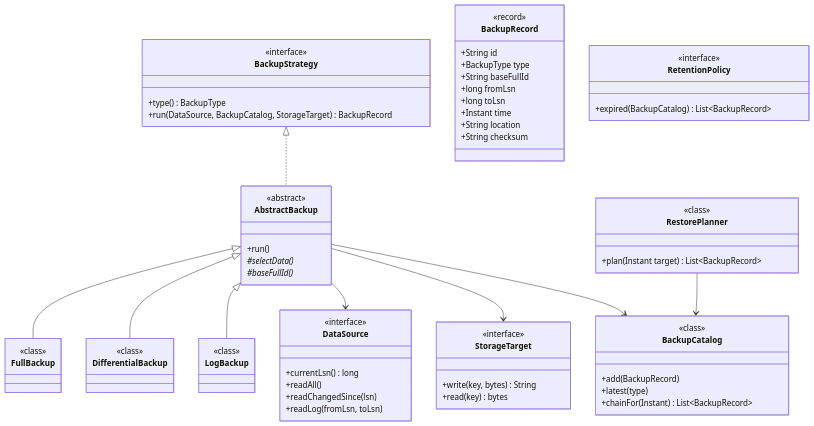
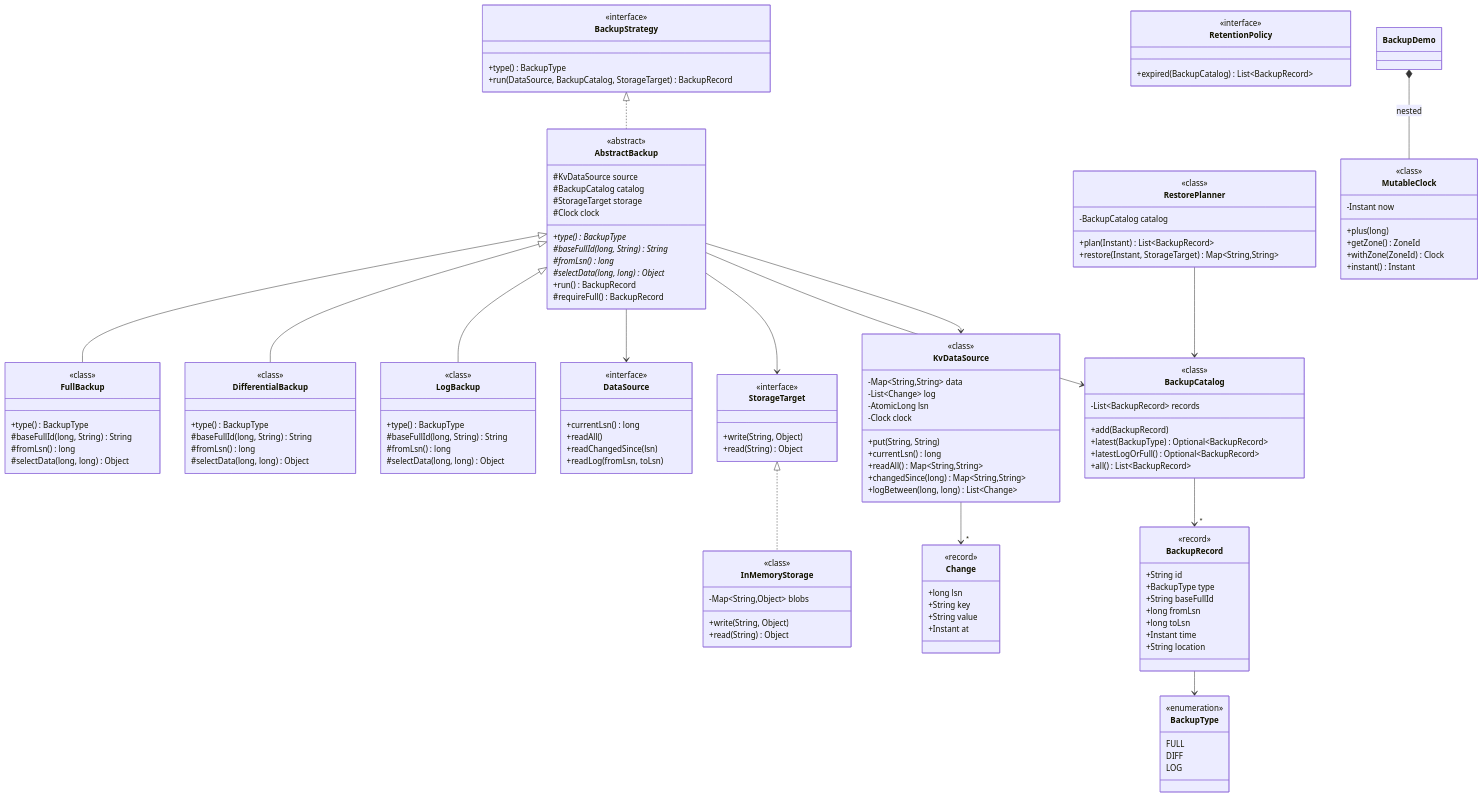
Before and after one commit to amarkum/amarkumar.guru: the first of 2 diagrams in system-design/lld/22-backup-system.md, drawn with Mermaid. The commit also changed 27 other files, not shown here.

Commit message:
Rebuild every UML class diagram from its Java code, add a notes progress tracker, and make diagrams readable with zoom and a legend.

````diff
--- a/system-design/lld/22-backup-system.md
+++ b/system-design/lld/22-backup-system.md
@@ -40,36 +40,29 @@
 ```mermaid
 classDiagram
-    class BackupStrategy {
-      <<interface>>
-      +type() BackupType
-      +run(DataSource, BackupCatalog, StorageTarget) BackupRecord
+    class BackupType {
+      <<enumeration>>
+      FULL
+      DIFF
+      LOG
     }
-    class AbstractBackup {
-      <<abstract>>
-      +run()
-      #selectData()*
-      #baseFullId()*
+    class Change {
+      <<record>>
+      +long lsn
+      +String key
+      +String value
+      +Instant at
     }
-    class FullBackup {
+    class KvDataSource {
       <<class>>
-    }
-    class DifferentialBackup {
-      <<class>>
-    }
-    class LogBackup {
-      <<class>>
-    }
-    class DataSource {
-      <<interface>>
+      -Map~String,String~ data
+      -List~Change~ log
+      -AtomicLong lsn
+      -Clock clock
+      +put(String, String)
       +currentLsn() long
-      +readAll()
-      +readChangedSince(lsn)
-      +readLog(fromLsn, toLsn)
-    }
-    class StorageTarget {
-      <<interface>>
-      +write(key, bytes) String
-      +read(key) bytes
+      +readAll() Map~String,String~
+      +changedSince(long) Map~String,String~
+      +logBetween(long, long) List~Change~
     }
     class BackupRecord {
       <<record>>
@@ -80,15 +73,85 @@
       +long toLsn
       +Instant time
       +String location
-      +String checksum
+    }
+    class StorageTarget {
+      <<interface>>
+      +write(String, Object)
+      +read(String) Object
+    }
+    class InMemoryStorage {
+      <<class>>
+      -Map~String,Object~ blobs
+      +write(String, Object)
+      +read(String) Object
     }
     class BackupCatalog {
+      <<class>>
+      -List~BackupRecord~ records
       +add(BackupRecord)
-      +latest(type)
-      +chainFor(Instant) List~BackupRecord~
+      +latest(BackupType) Optional~BackupRecord~
+      +latestLogOrFull() Optional~BackupRecord~
+      +all() List~BackupRecord~
+    }
+    class AbstractBackup {
+      <<abstract>>
+      #KvDataSource source
+      #BackupCatalog catalog
+      #StorageTarget storage
+      #Clock clock
+      +type()* BackupType
+      #baseFullId(long, String)* String
+      #fromLsn()* long
+      #selectData(long, long)* Object
+      +run() BackupRecord
+      #requireFull() BackupRecord
+    }
+    class FullBackup {
+      <<class>>
+      +type() BackupType
+      #baseFullId(long, String) String
+      #fromLsn() long
+      #selectData(long, long) Object
+    }
+    class DifferentialBackup {
+      <<class>>
+      +type() BackupType
+      #baseFullId(long, String) String
+      #fromLsn() long
+      #selectData(long, long) Object
+    }
+    class LogBackup {
+      <<class>>
+      +type() BackupType
+      #baseFullId(long, String) String
+      #fromLsn() long
+      #selectData(long, long) Object
     }
     class RestorePlanner {
-      +plan(Instant target) List~BackupRecord~
+      <<class>>
+      -BackupCatalog catalog
+      +plan(Instant) List~BackupRecord~
+      +restore(Instant, StorageTarget) Map~String,String~
+    }
+    class MutableClock {
+      <<class>>
+      -Instant now
+      +plus(long)
+      +getZone() ZoneId
+      +withZone(ZoneId) Clock
+      +instant() Instant
+    }
+    class BackupStrategy {
+      <<interface>>
+      +type() BackupType
+      +run(DataSource, BackupCatalog, StorageTarget) BackupRecord
+    }
+    class DataSource {
+      <<interface>>
+      +currentLsn() long
+      +readAll()
+      +readChangedSince(lsn)
+      +readLog(fromLsn, toLsn)
     }
     class RetentionPolicy {
       <<interface>>
@@ -102,22 +165,10 @@
     AbstractBackup --> StorageTarget
     AbstractBackup --> BackupCatalog
     RestorePlanner --> BackupCatalog
-    class RestorePlanner {
-      <<class>>
-    }
-    class BackupCatalog {
-      <<class>>
-    }
-    class AbstractBackup {
-      <<abstract>>
-    }
-    class StorageTarget {
-      <<interface>>
-    }
-    class BackupStrategy {
-      <<class>>
-    }
-    class DataSource {
-      <<class>>
-    }
+    StorageTarget <|.. InMemoryStorage
+    KvDataSource --> "*" Change
+    BackupRecord --> BackupType
+    BackupCatalog --> "*" BackupRecord
+    AbstractBackup --> KvDataSource
+    BackupDemo *-- MutableClock : nested
 ```
````
